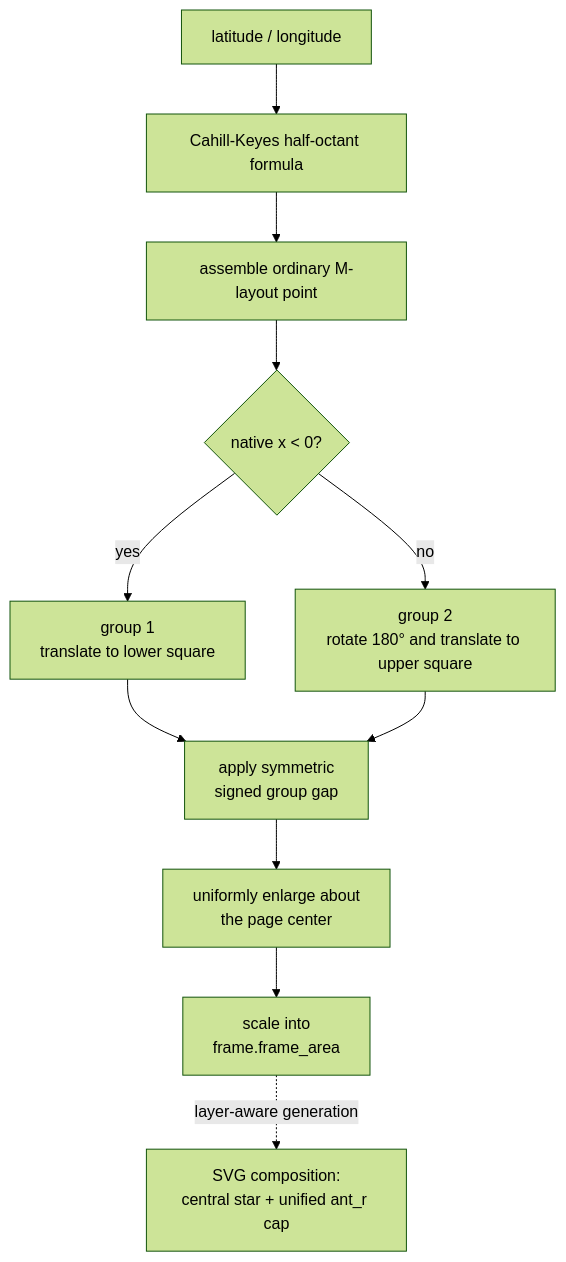
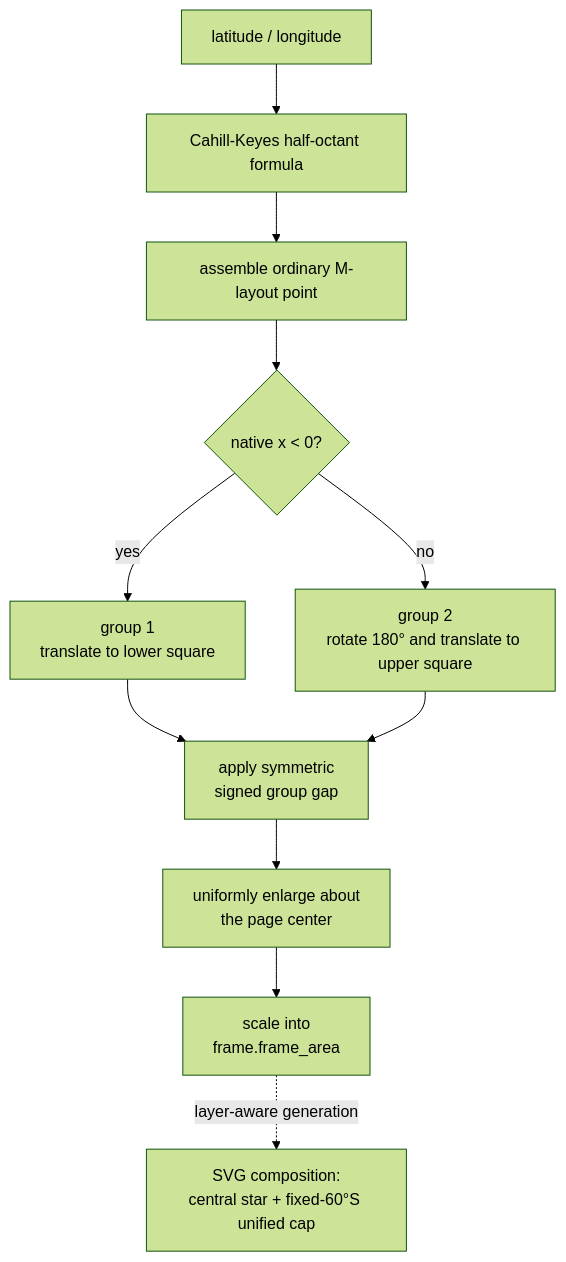
One commit to bdekoz/cartofreako changed the third of 3 diagrams in docs/star-x-context.md. Above: the diagram before and after it, drawn with Mermaid (forest theme). The commit also changed other lines of this file and 105 other files, not shown here.

````diff
--- a/docs/star-x-context.md
+++ b/docs/star-x-context.md
@@ -240,19 +242,19 @@
 ```mermaid
 flowchart TD
   LL["latitude / longitude"]
   CK["Cahill-Keyes half-octant formula"]
   M["assemble ordinary M-layout point"]
   SIDE{"native x < 0?"}
   LOWER["group 1<br/>translate to lower square"]
   UPPER["group 2<br/>rotate 180° and translate to upper square"]
   GAP["apply symmetric<br/>signed group gap"]
   ENLARGE["uniformly enlarge about<br/>the page center"]
   FRAME["scale into<br/>frame.frame_area"]
-  COMPOSE["SVG composition:<br/>central star + unified ant_r cap"]
+  COMPOSE["SVG composition:<br/>central star + fixed-60°S unified cap"]
 
   LL --> CK --> M --> SIDE
   SIDE -- yes --> LOWER --> GAP
   SIDE -- no --> UPPER --> GAP
   GAP --> ENLARGE --> FRAME
   FRAME -. layer-aware generation .-> COMPOSE
 ```
````
